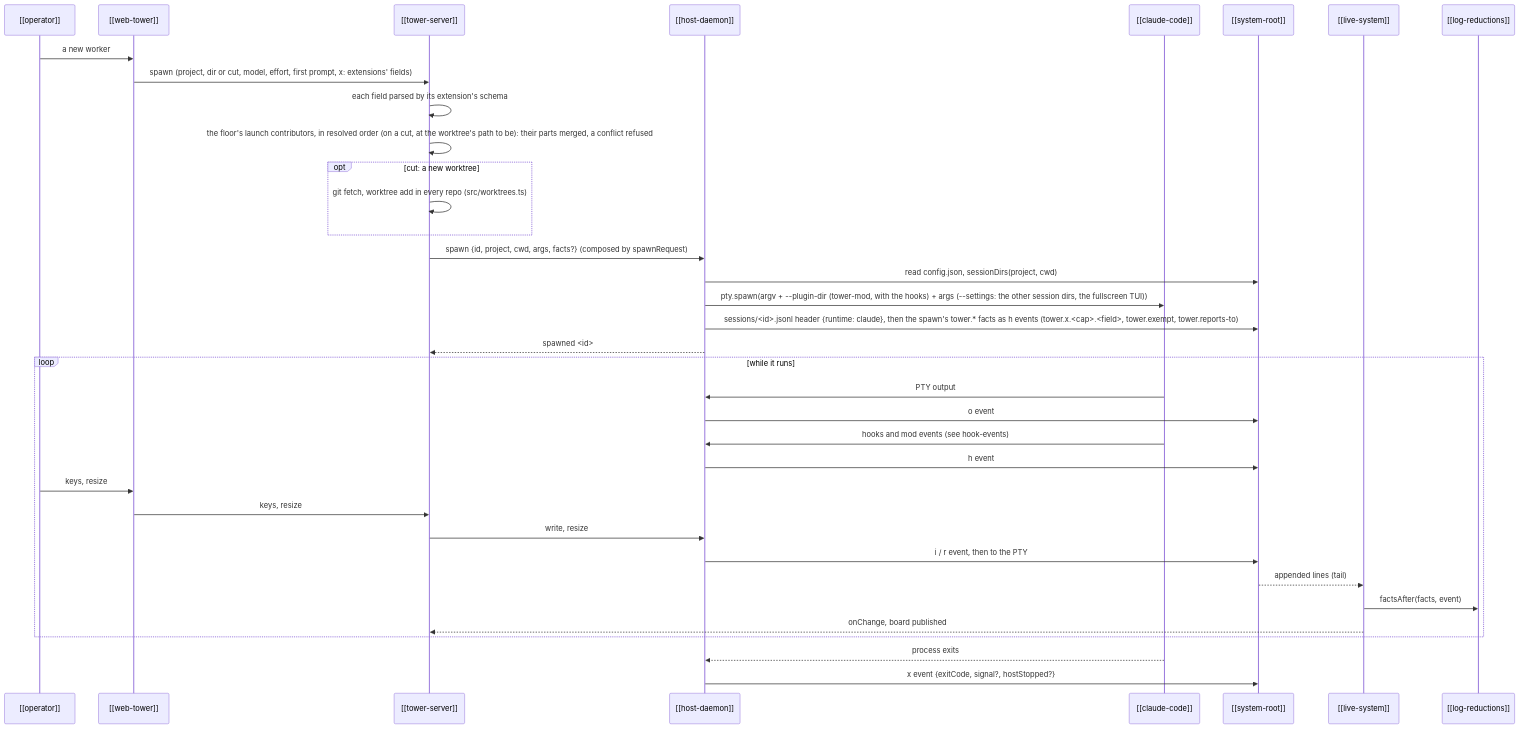
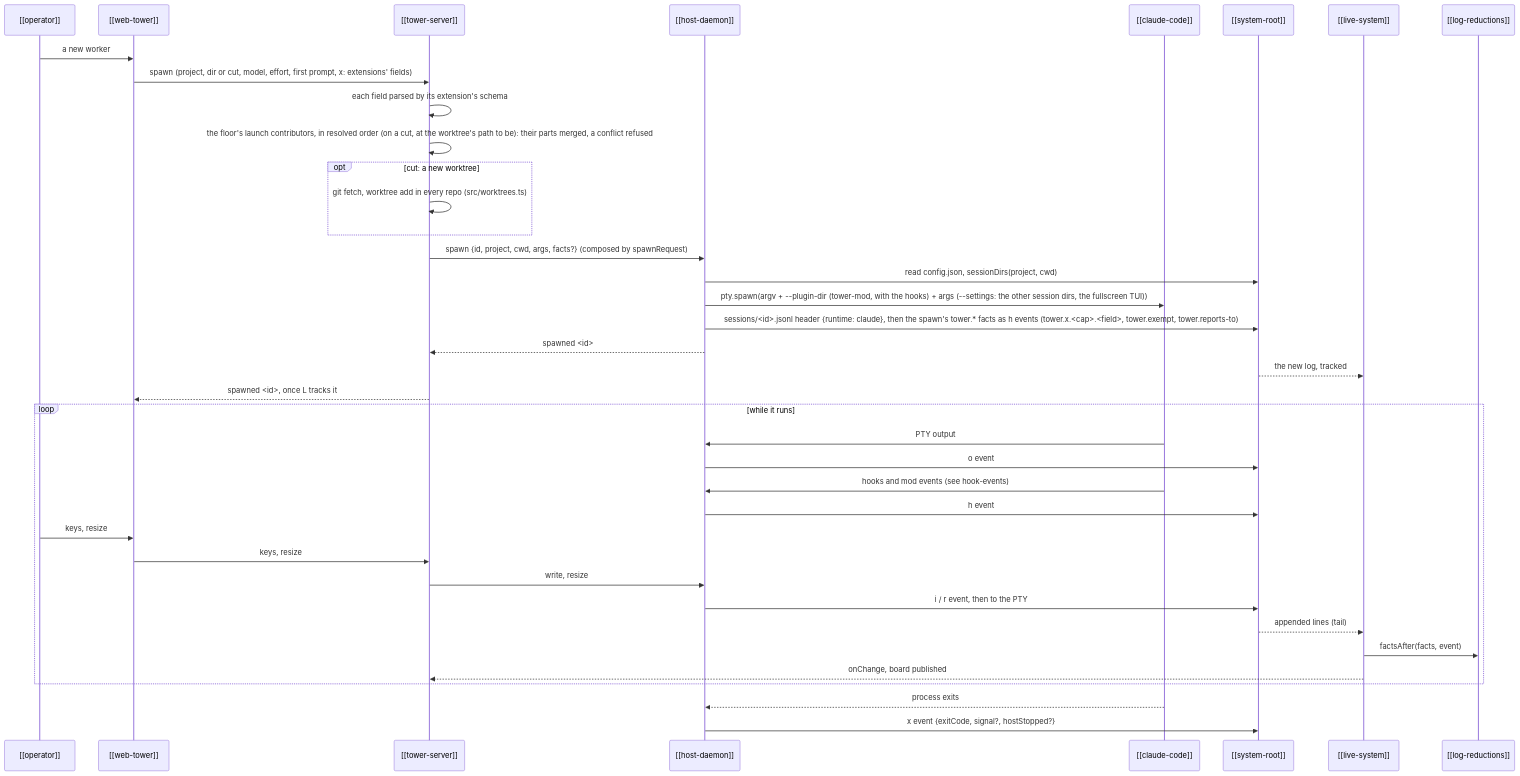
Before and after one commit to CarlosBonetti/the-tower: the diagram in kb/entities/flows/session-lifecycle.md, drawn with Mermaid. The commit also changed 12 other files, not shown here.

First line of the commit message:
spawn answers once the system tracks its session

````diff
--- a/kb/entities/flows/session-lifecycle.md
+++ b/kb/entities/flows/session-lifecycle.md
@@ -12,38 +12,40 @@
 ```mermaid
 sequenceDiagram
   participant O as [[operator]]
   participant P as [[web-tower]]
   participant T as [[tower-server]]
   participant H as [[host-daemon]]
   participant C as [[claude-code]]
   participant R as [[system-root]]
   participant L as [[live-system]]
   participant F as [[log-reductions]]
   O->>P: a new worker
   P->>T: spawn (project, dir or cut, model, effort, first prompt, x: extensions' fields)
   T->>T: each field parsed by its extension's schema
   T->>T: the floor's launch contributors, in resolved order (on a cut, at the worktree's path to be): their parts merged, a conflict refused
   opt cut: a new worktree
     T->>T: git fetch, worktree add in every repo (src/worktrees.ts)
   end
   T->>H: spawn {id, project, cwd, args, facts?} (composed by spawnRequest)
   H->>R: read config.json, sessionDirs(project, cwd)
   H->>C: pty.spawn(argv + --plugin-dir (tower-mod, with the hooks) + args (--settings: the other session dirs, the fullscreen TUI))
   H->>R: sessions/<id>.jsonl header {runtime: claude}, then the spawn's tower.* facts as h events (tower.x.<cap>.<field>, tower.exempt, tower.reports-to)
   H-->>T: spawned <id>
+  R-->>L: the new log, tracked
+  T-->>P: spawned <id>, once L tracks it
   loop while it runs
     C->>H: PTY output
     H->>R: o event
     C->>H: hooks and mod events (see hook-events)
     H->>R: h event
     O->>P: keys, resize
     P->>T: keys, resize
     T->>H: write, resize
     H->>R: i / r event, then to the PTY
     R-->>L: appended lines (tail)
     L->>F: factsAfter(facts, event)
     L-->>T: onChange, board published
   end
   C-->>H: process exits
   H->>R: x event {exitCode, signal?, hostStopped?}
 ```
````
